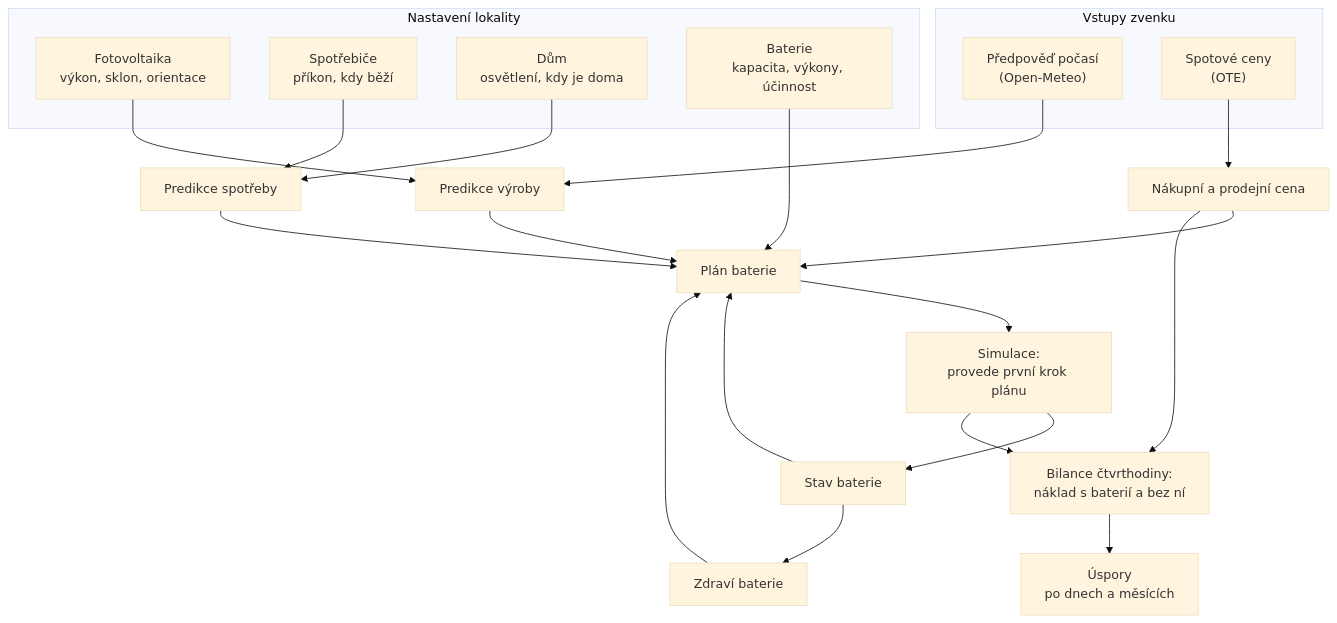
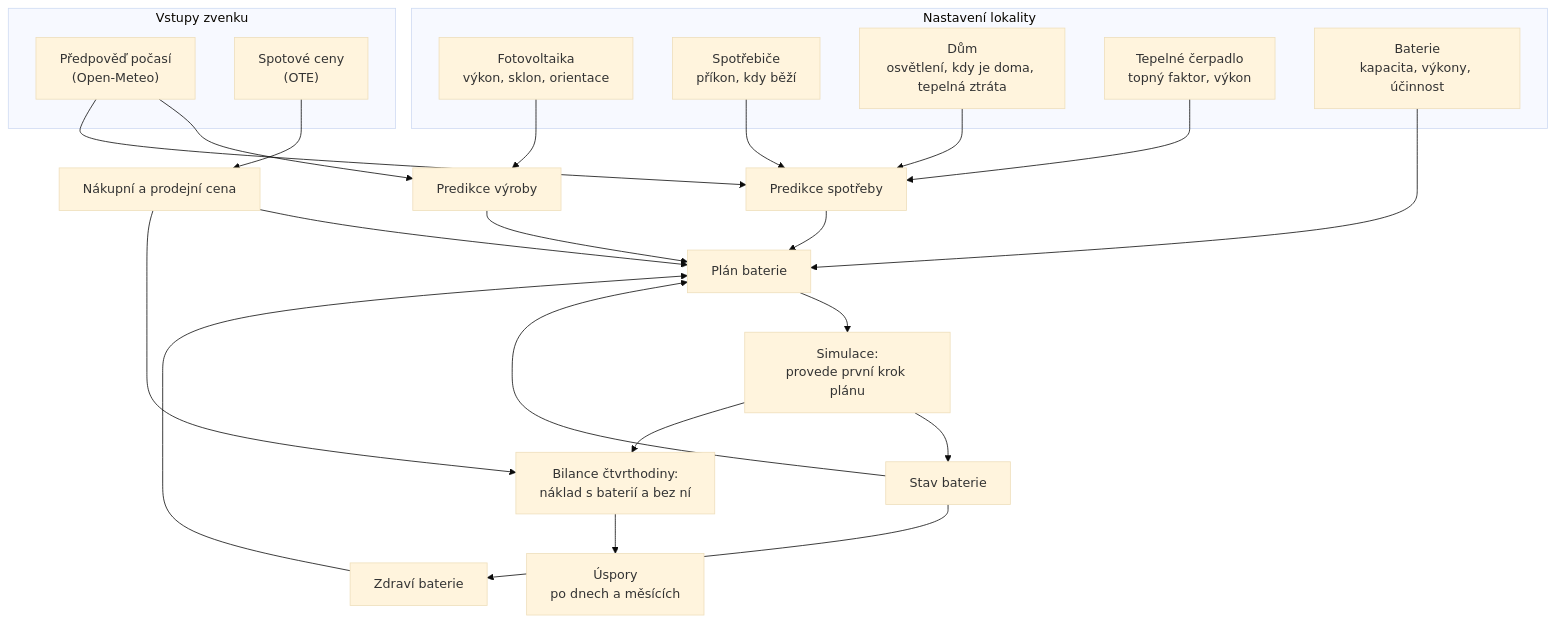
The diagram in docs/prehled.md (lilianluca/ems), drawn with Mermaid (base theme) before and after one commit. The commit also changed other lines of this file and 34 other files, not shown here.

````diff
--- a/docs/prehled.md
+++ b/docs/prehled.md
@@ -62,35 +63,38 @@
 ```mermaid
 flowchart TD
     subgraph vstupy["Vstupy zvenku"]
         meteo["Předpověď počasí<br/>(Open-Meteo)"]
         ote["Spotové ceny<br/>(OTE)"]
     end
 
     subgraph nastaveni["Nastavení lokality"]
         fve["Fotovoltaika<br/>výkon, sklon, orientace"]
         spotrebice["Spotřebiče<br/>příkon, kdy běží"]
-        dum["Dům<br/>osvětlení, kdy je doma"]
+        dum["Dům<br/>osvětlení, kdy je doma, tepelná ztráta"]
+        cerpadlo["Tepelné čerpadlo<br/>topný faktor, výkon"]
         baterie["Baterie<br/>kapacita, výkony, účinnost"]
     end
 
     meteo --> vyroba["Predikce výroby"]
     fve --> vyroba
     spotrebice --> spotreba["Predikce spotřeby"]
     dum --> spotreba
+    cerpadlo --> spotreba
+    meteo --> spotreba
     ote --> ceny["Nákupní a prodejní cena"]
 
     vyroba --> plan["Plán baterie"]
     spotreba --> plan
     ceny --> plan
     baterie --> plan
     stav["Stav baterie"] --> plan
 
     plan --> simulace["Simulace:<br/>provede první krok plánu"]
     simulace --> stav
     simulace --> bilance["Bilance čtvrthodiny:<br/>náklad s baterií a bez ní"]
     ceny --> bilance
 
     bilance --> uspory["Úspory<br/>po dnech a měsících"]
     stav --> zdravi["Zdraví baterie"]
     zdravi --> plan
 ```
````
